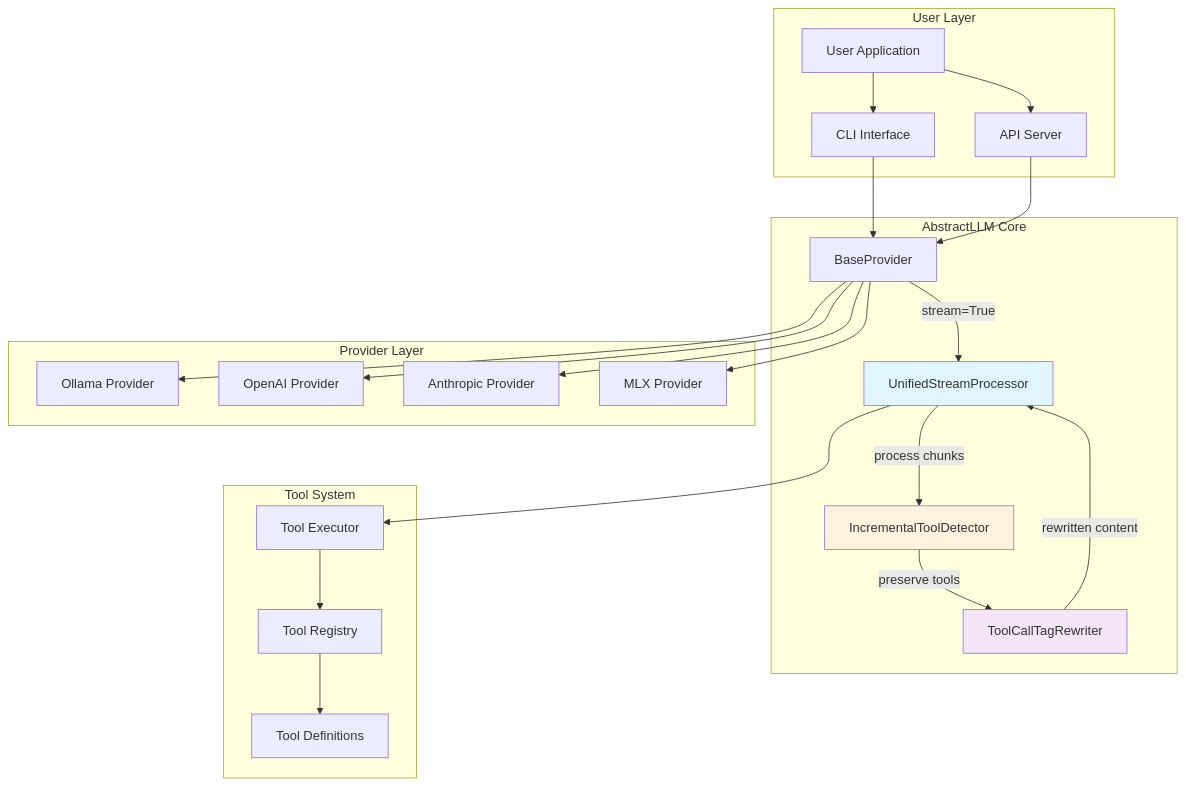
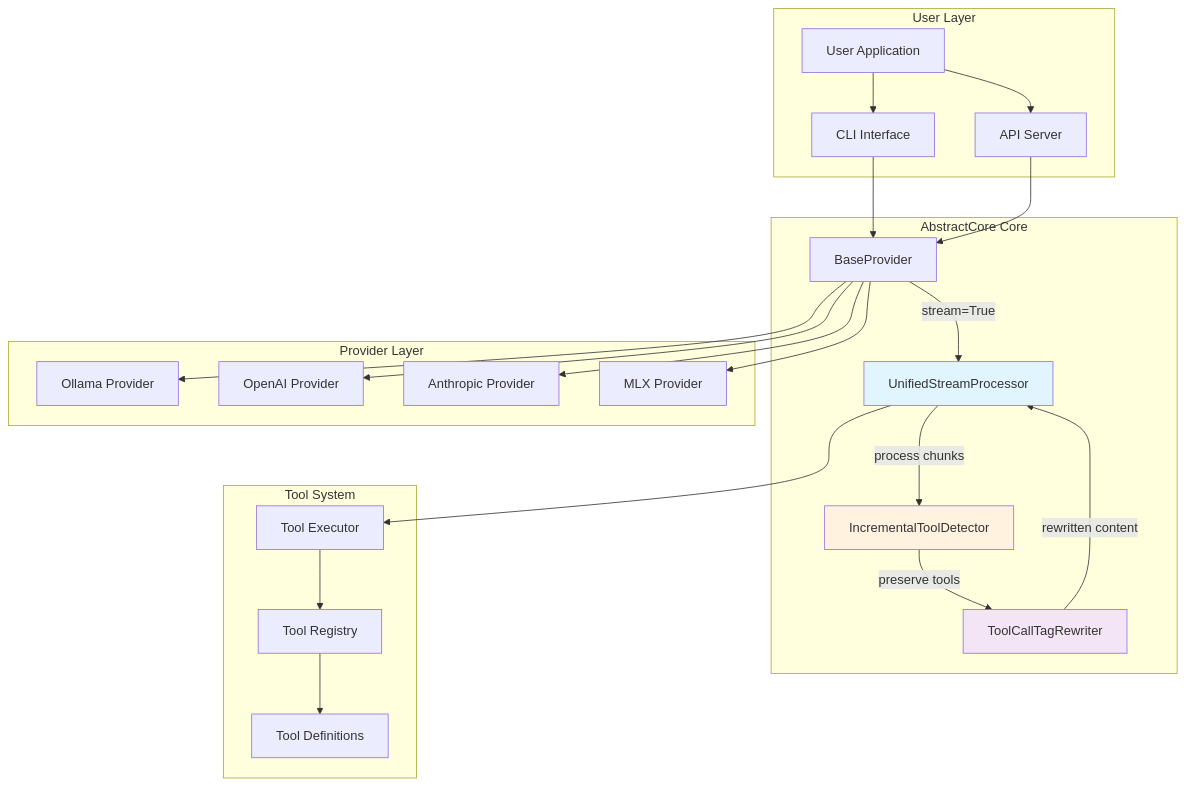
The first of 14 diagrams in docs/archive/streaming-architecture-visual-guide.md (lpalbou/AbstractCore), drawn with Mermaid before and after one commit. The commit also changed other lines of this file and 228 other files, not shown here.

````diff
--- a/docs/archive/streaming-architecture-visual-guide.md
+++ b/docs/archive/streaming-architecture-visual-guide.md
@@ -24,49 +24,49 @@
 ```mermaid
 graph TB
     subgraph "User Layer"
         U[User Application]
         CLI[CLI Interface]
         API[API Server]
     end
 
-    subgraph "AbstractLLM Core"
+    subgraph "AbstractCore Core"
         BP[BaseProvider]
         USP[UnifiedStreamProcessor]
         ITD[IncrementalToolDetector]
         TR[ToolCallTagRewriter]
 
         BP -->|"stream=True"| USP
         USP -->|"process chunks"| ITD
         ITD -->|"preserve tools"| TR
         TR -->|"rewritten content"| USP
     end
 
     subgraph "Provider Layer"
         OL[Ollama Provider]
         OA[OpenAI Provider]
         AN[Anthropic Provider]
         MLX[MLX Provider]
     end
 
     subgraph "Tool System"
         TE[Tool Executor]
         TReg[Tool Registry]
         TD[Tool Definitions]
     end
 
     U --> CLI
     U --> API
     CLI --> BP
     API --> BP
     BP --> OL
     BP --> OA
     BP --> AN
     BP --> MLX
     USP --> TE
     TE --> TReg
     TReg --> TD
 
     style USP fill:#e1f5fe
     style ITD fill:#fff3e0
     style TR fill:#f3e5f5
 ```
````
